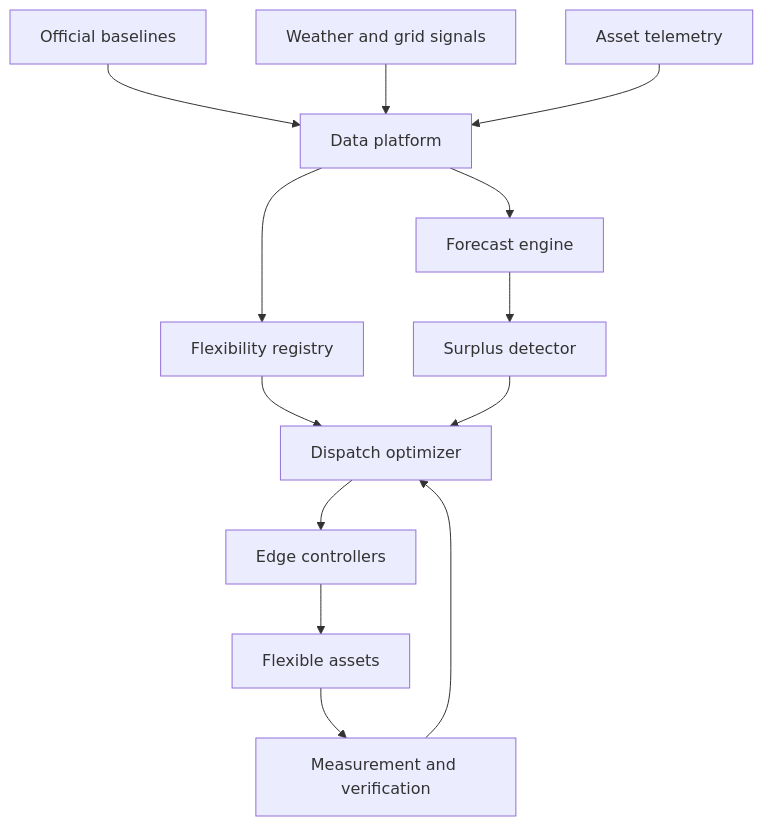
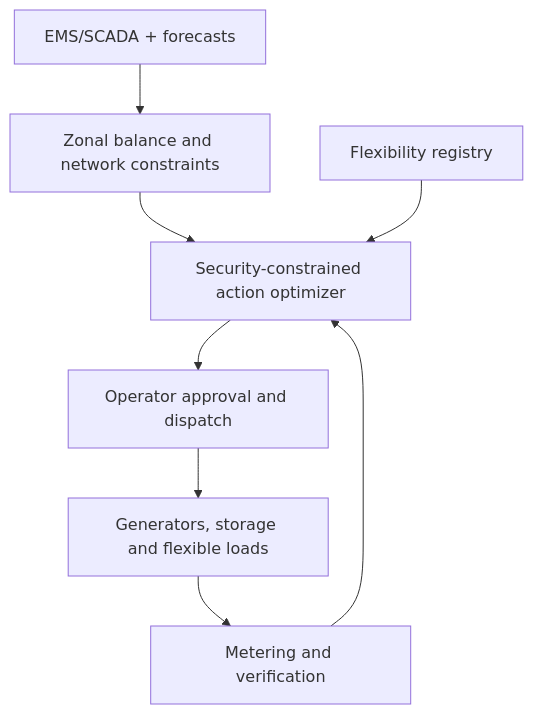
Before and after one commit to Bannaga-Abdalmuhsin/surpluszeroai: the diagram in docs/architecture.md, drawn with Mermaid. The commit also changed other lines of this file and 12 other files, not shown here.

Commit message:
Expand SurplusZero to national all-source grid balancing

````diff
--- a/docs/architecture.md
+++ b/docs/architecture.md
@@ -7,15 +7,10 @@
 ```mermaid
 flowchart TD
-    A["Official baselines"] --> D["Data platform"]
-    B["Weather and grid signals"] --> D
-    C["Asset telemetry"] --> D
-    D --> E["Forecast engine"]
-    D --> F["Flexibility registry"]
-    E --> G["Surplus detector"]
-    F --> H["Dispatch optimizer"]
-    G --> H
-    H --> I["Edge controllers"]
-    I --> J["Flexible assets"]
-    J --> K["Measurement and verification"]
-    K --> H
+    A["EMS/SCADA + forecasts"] --> B["Zonal balance and network constraints"]
+    B --> C["Security-constrained action optimizer"]
+    D["Flexibility registry"] --> C
+    C --> E["Operator approval and dispatch"]
+    E --> F["Generators, storage and flexible loads"]
+    F --> G["Metering and verification"]
+    G --> C
 ```
````
